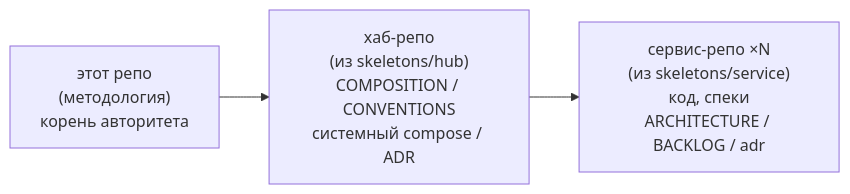
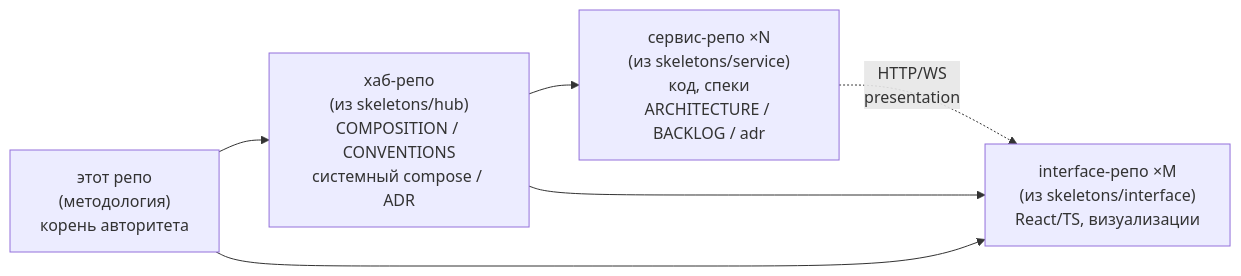
One commit to TheCipherKeeper/addm changed the diagram in README.md. Above: the diagram before and after it, drawn with Mermaid. The commit also changed other lines of this file and 20 other files, not shown here.

First line of the commit message:
feat: add interface as third repo type (React/TS, visualizations) (#8)

````diff
--- a/README.md
+++ b/README.md
@@ -31,5 +34,8 @@
 ```mermaid
 graph LR
   M["этот репо<br/>(методология)<br/>корень авторитета"] --> H["хаб-репо<br/>(из skeletons/hub)<br/>COMPOSITION / CONVENTIONS<br/>системный compose / ADR"]
   H --> S["сервис-репо ×N<br/>(из skeletons/service)<br/>код, спеки<br/>ARCHITECTURE / BACKLOG / adr"]
+  H --> I["interface-репо ×M<br/>(из skeletons/interface)<br/>React/TS, визуализации"]
+  M --> I
+  S -. "HTTP/WS<br/>presentation" .-> I
 ```
````
